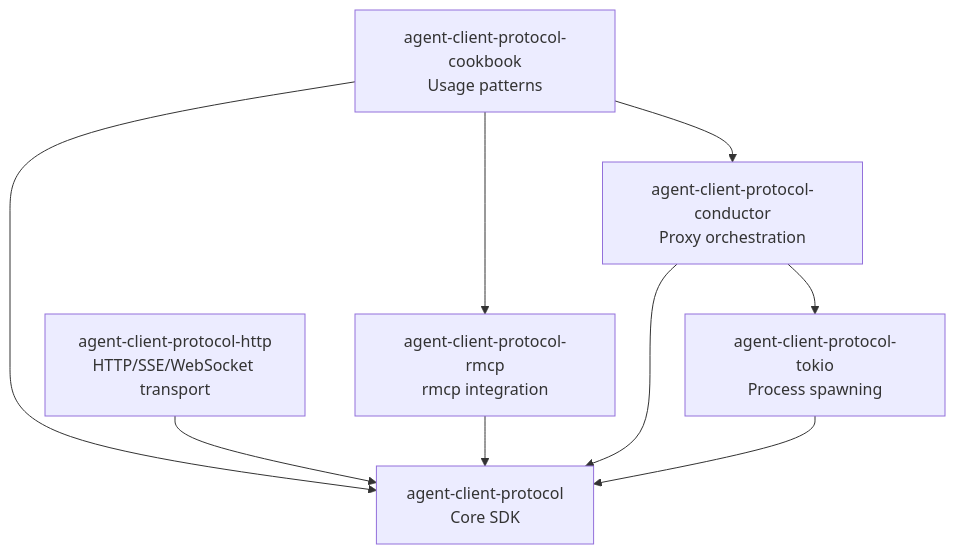
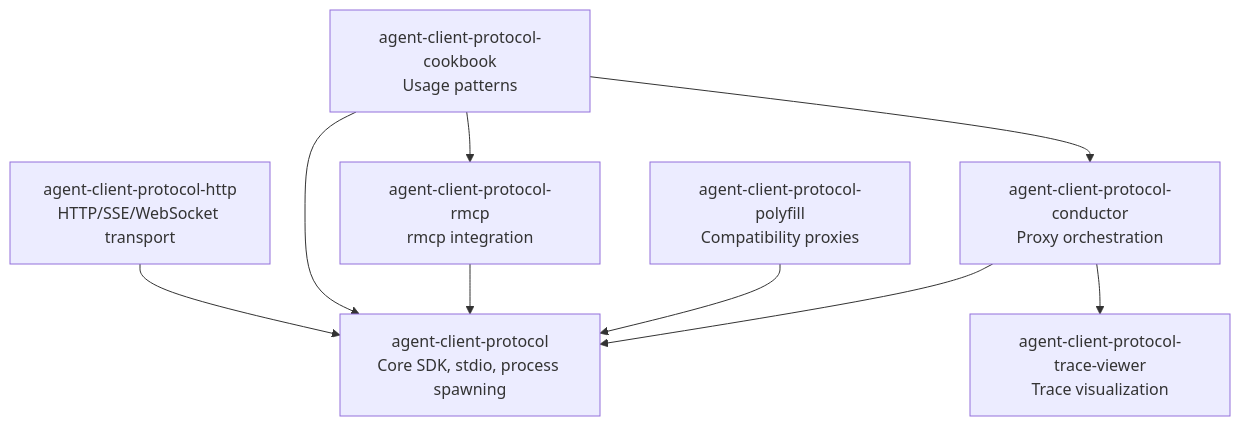
Before and after one commit to agentclientprotocol/rust-sdk: the diagram in md/introduction.md, drawn with Mermaid. The commit also changed other lines of this file and 56 other files, not shown here.

````diff
--- a/md/introduction.md
+++ b/md/introduction.md
@@ -37,18 +37,19 @@
 ```mermaid
 graph TD
-    acp[agent-client-protocol<br/>Core SDK]
-    tokio[agent-client-protocol-tokio<br/>Process spawning]
+    acp[agent-client-protocol<br/>Core SDK, stdio, process spawning]
     http[agent-client-protocol-http<br/>HTTP/SSE/WebSocket transport]
     rmcp[agent-client-protocol-rmcp<br/>rmcp integration]
     conductor[agent-client-protocol-conductor<br/>Proxy orchestration]
+    polyfill[agent-client-protocol-polyfill<br/>Compatibility proxies]
+    trace[agent-client-protocol-trace-viewer<br/>Trace visualization]
     cookbook[agent-client-protocol-cookbook<br/>Usage patterns]
 
-    tokio --> acp
     http --> acp
     rmcp --> acp
     conductor --> acp
-    conductor --> tokio
+    conductor --> trace
+    polyfill --> acp
     cookbook --> acp
     cookbook --> rmcp
     cookbook --> conductor
 ```
````
